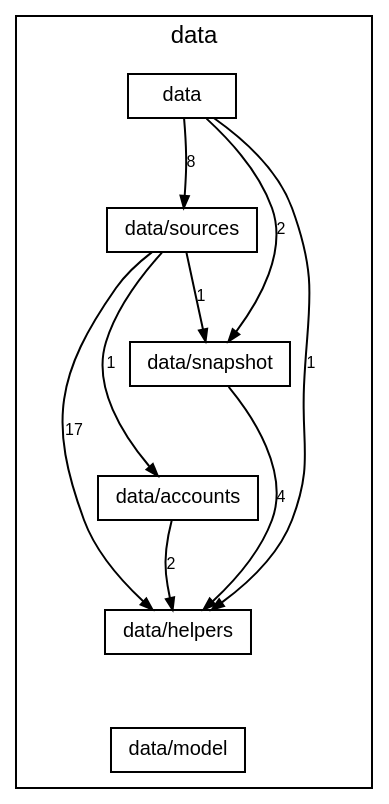
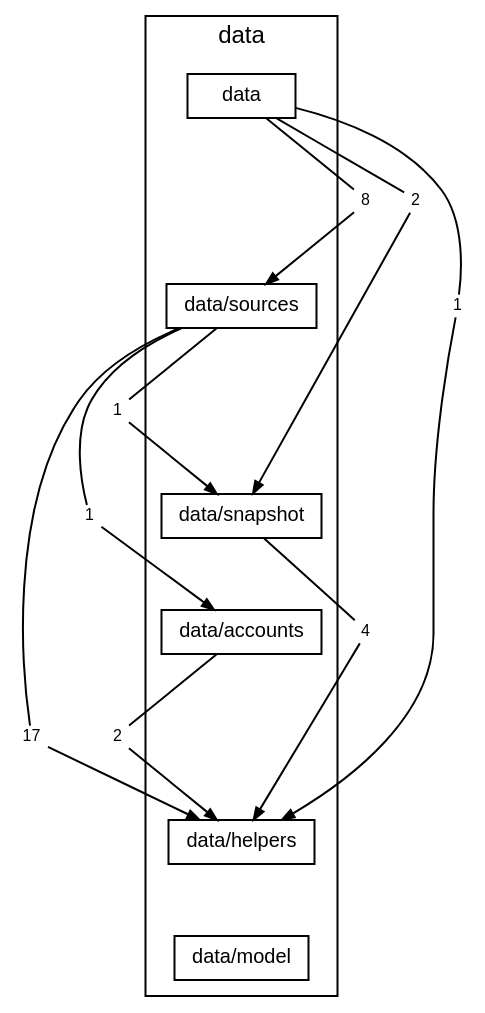
One commit to TheAxeC/oculus changed the diagram in docs/diagrams/layer-data.dot. Above: the diagram before and after it, drawn with Graphviz. The commit also changed 433 other files, not shown here.

```diff
--- a/docs/diagrams/layer-data.dot
+++ b/docs/diagrams/layer-data.dot
@@ -1,27 +1,43 @@
 digraph layer_data {
     graph [bgcolor="transparent", rankdir=TB, newrank=true, fontname="Helvetica,Arial,sans-serif", fontsize=12, nodesep=0.2, ranksep=0.5];
     node [shape=box, color="black", fontcolor="black", fontname="Helvetica,Arial,sans-serif", fontsize=10, height=0.3, margin="0.12,0.04"];
     edge [color="black", fontcolor="black", fontname="Helvetica,Arial,sans-serif", fontsize=8, arrowsize=0.6];
     subgraph "cluster_data" {
         label="data"; style=solid;
         "folder data" [label="data"];
         "folder data/sources" [label="data/sources"];
         "folder data/snapshot" [label="data/snapshot"];
         "folder data/accounts" [label="data/accounts"];
         "folder data/helpers" [label="data/helpers"];
         "folder data/model" [label="data/model"];
     }
     "folder data" -> "folder data/sources" [style=invis, weight=10];
     "folder data/sources" -> "folder data/snapshot" [style=invis, weight=10];
     "folder data/snapshot" -> "folder data/accounts" [style=invis, weight=10];
     "folder data/accounts" -> "folder data/helpers" [style=invis, weight=10];
     "folder data/helpers" -> "folder data/model" [style=invis, weight=10];
-    "folder data" -> "folder data/helpers" [label="1"];
-    "folder data" -> "folder data/snapshot" [label="2"];
-    "folder data" -> "folder data/sources" [label="8"];
-    "folder data/accounts" -> "folder data/helpers" [label="2"];
-    "folder data/snapshot" -> "folder data/helpers" [label="4"];
-    "folder data/sources" -> "folder data/accounts" [label="1"];
-    "folder data/sources" -> "folder data/helpers" [label="17"];
-    "folder data/sources" -> "folder data/snapshot" [label="1"];
+    "folder data to folder data/helpers" [label="1", shape=box, color="transparent", fontsize=8, width=0, height=0, margin="0.04,0.02"];
+    "folder data" -> "folder data to folder data/helpers" [arrowhead=none];
+    "folder data to folder data/helpers" -> "folder data/helpers" [];
+    "folder data to folder data/snapshot" [label="2", shape=box, color="transparent", fontsize=8, width=0, height=0, margin="0.04,0.02"];
+    "folder data" -> "folder data to folder data/snapshot" [arrowhead=none];
+    "folder data to folder data/snapshot" -> "folder data/snapshot" [];
+    "folder data to folder data/sources" [label="8", shape=box, color="transparent", fontsize=8, width=0, height=0, margin="0.04,0.02"];
+    "folder data" -> "folder data to folder data/sources" [arrowhead=none];
+    "folder data to folder data/sources" -> "folder data/sources" [];
+    "folder data/accounts to folder data/helpers" [label="2", shape=box, color="transparent", fontsize=8, width=0, height=0, margin="0.04,0.02"];
+    "folder data/accounts" -> "folder data/accounts to folder data/helpers" [arrowhead=none];
+    "folder data/accounts to folder data/helpers" -> "folder data/helpers" [];
+    "folder data/snapshot to folder data/helpers" [label="4", shape=box, color="transparent", fontsize=8, width=0, height=0, margin="0.04,0.02"];
+    "folder data/snapshot" -> "folder data/snapshot to folder data/helpers" [arrowhead=none];
+    "folder data/snapshot to folder data/helpers" -> "folder data/helpers" [];
+    "folder data/sources to folder data/accounts" [label="1", shape=box, color="transparent", fontsize=8, width=0, height=0, margin="0.04,0.02"];
+    "folder data/sources" -> "folder data/sources to folder data/accounts" [arrowhead=none];
+    "folder data/sources to folder data/accounts" -> "folder data/accounts" [];
+    "folder data/sources to folder data/helpers" [label="17", shape=box, color="transparent", fontsize=8, width=0, height=0, margin="0.04,0.02"];
+    "folder data/sources" -> "folder data/sources to folder data/helpers" [arrowhead=none];
+    "folder data/sources to folder data/helpers" -> "folder data/helpers" [];
+    "folder data/sources to folder data/snapshot" [label="1", shape=box, color="transparent", fontsize=8, width=0, height=0, margin="0.04,0.02"];
+    "folder data/sources" -> "folder data/sources to folder data/snapshot" [arrowhead=none];
+    "folder data/sources to folder data/snapshot" -> "folder data/snapshot" [];
 }
```
